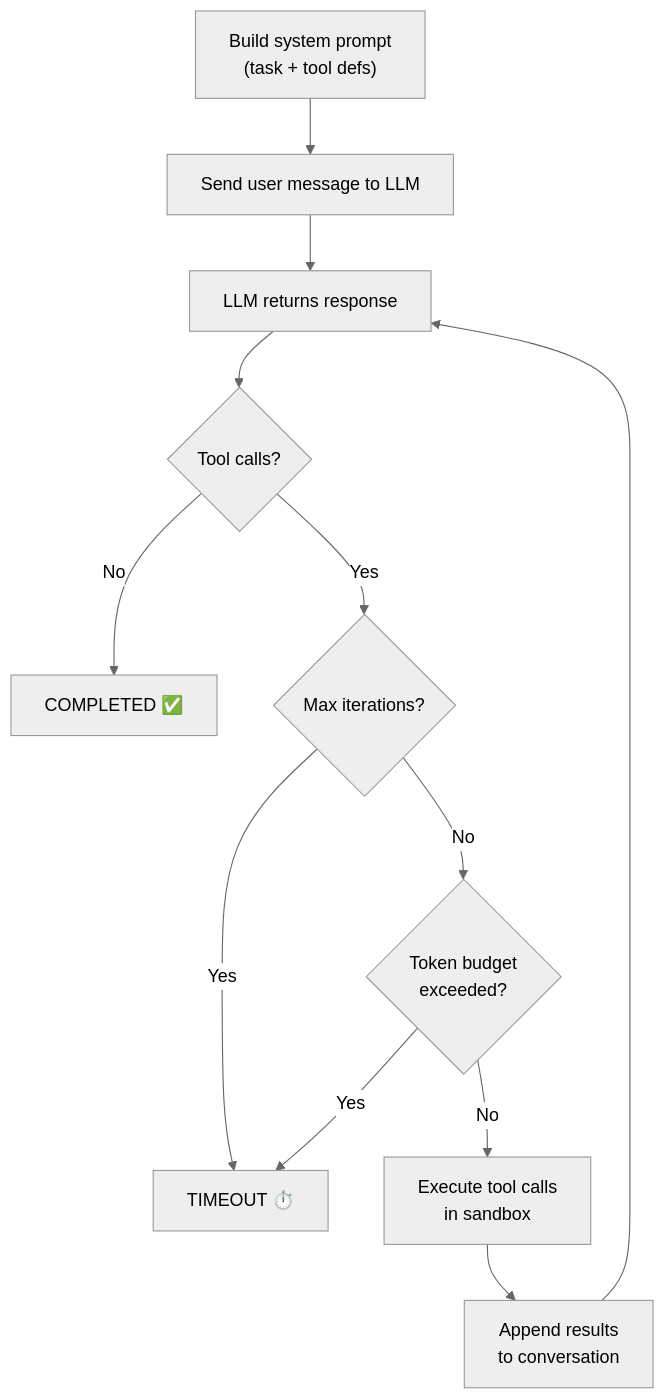
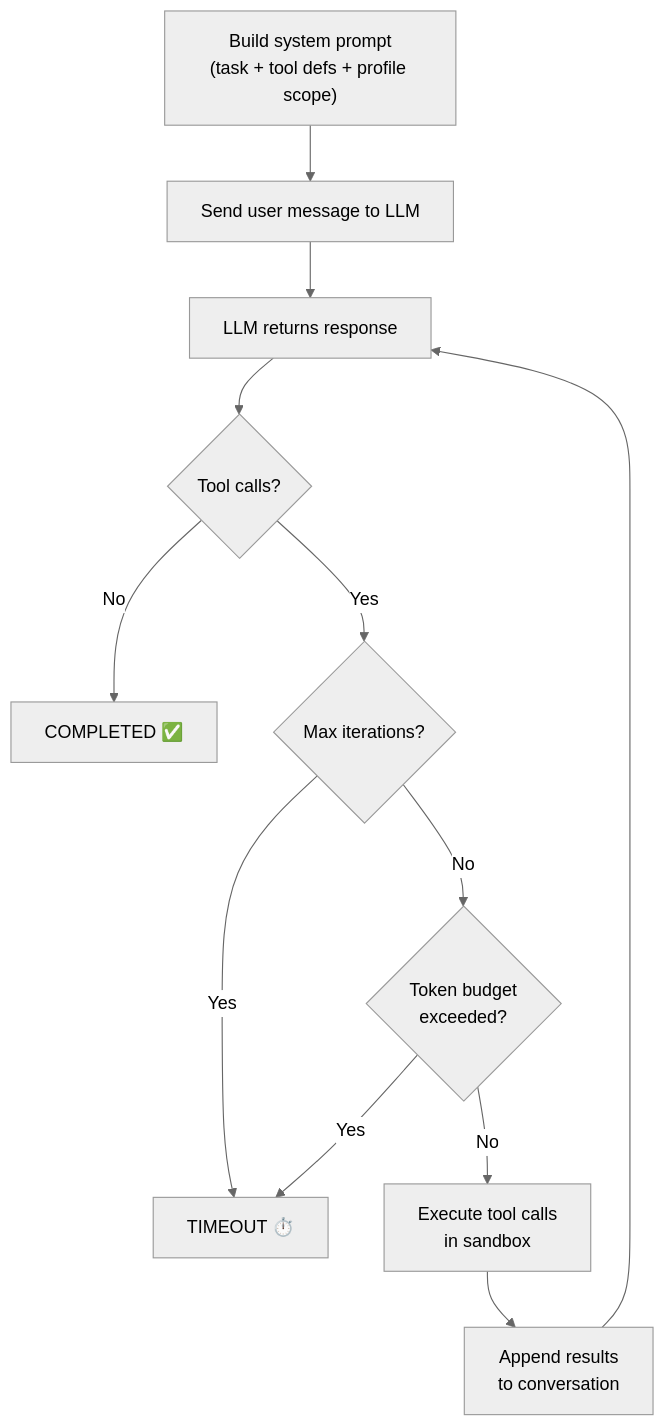
Before and after one commit to akoita/agent-forge: the third of 4 diagrams in docs/architecture.md, drawn with Mermaid (neutral theme). The commit also changed other lines of this file and 6 other files, not shown here.

````diff
--- a/docs/architecture.md
+++ b/docs/architecture.md
@@ -148,14 +231,14 @@
 ```mermaid
 flowchart TD
-    A["Build system prompt<br/>(task + tool defs)"] --> B["Send user message to LLM"]
+    A["Build system prompt<br/>(task + tool defs + profile scope)"] --> B["Send user message to LLM"]
     B --> C["LLM returns response"]
     C --> D{"Tool calls?"}
     D -- No --> E["COMPLETED ✅"]
     D -- Yes --> F{"Max iterations?"}
     F -- Yes --> G["TIMEOUT ⏱️"]
     F -- No --> H{"Token budget<br/>exceeded?"}
     H -- Yes --> G
     H -- No --> I["Execute tool calls<br/>in sandbox"]
     I --> J["Append results<br/>to conversation"]
     J --> C
 ```
````
